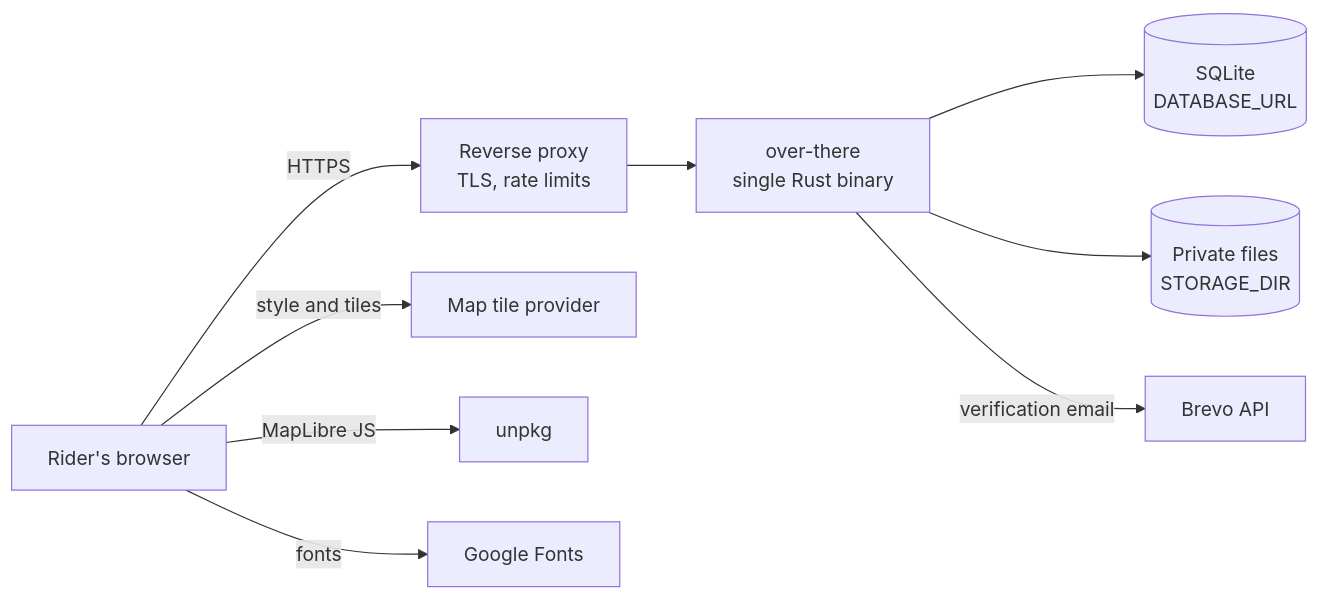
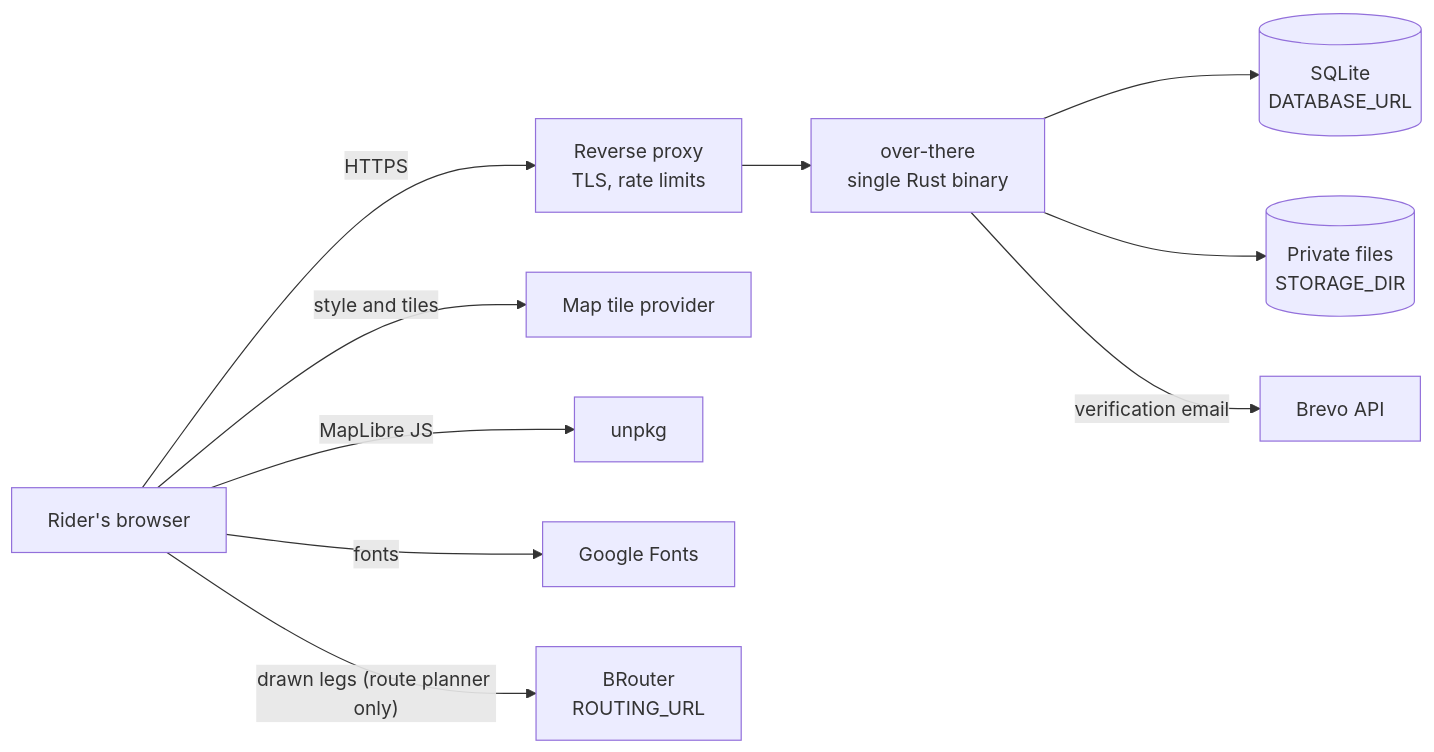
One commit to gnotnek/over-there changed the first of 3 diagrams in docs/architecture.md. Above: the diagram before and after it, drawn with Mermaid. The commit also changed other lines of this file and 5 other files, not shown here.

Commit message:
docs: phase 3 route planner

````diff
--- a/docs/architecture.md
+++ b/docs/architecture.md
@@ -19,11 +19,12 @@
 ```mermaid
 flowchart LR
     browser["Rider's browser"] -->|HTTPS| proxy["Reverse proxy<br/>TLS, rate limits"]
     proxy --> app["over-there<br/>single Rust binary"]
     app --> db[("SQLite<br/>DATABASE_URL")]
     app --> files[("Private files<br/>STORAGE_DIR")]
     app -->|verification email| brevo["Brevo API"]
     browser -->|style and tiles| tiles["Map tile provider"]
     browser -->|MapLibre JS| cdn["unpkg"]
     browser -->|fonts| fonts["Google Fonts"]
+    browser -->|"drawn legs (route planner only)"| routing["BRouter<br/>ROUTING_URL"]
 ```
````
